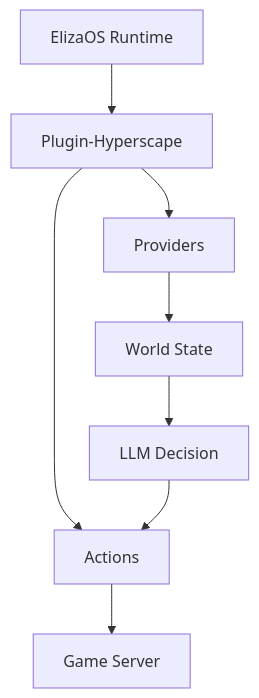
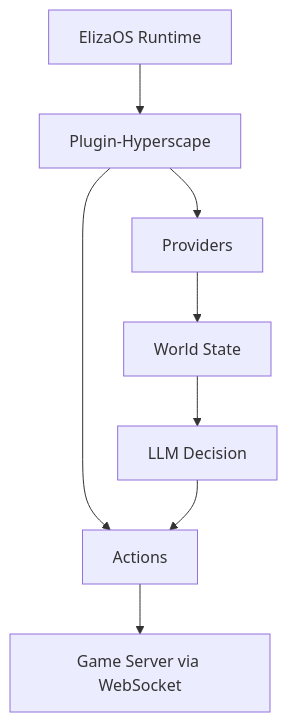
The diagram in packages/plugin-hyperscape.mdx (HyperscapeAI/docs), drawn with Mermaid before and after one commit. The commit also changed other lines of this file and 29 other files, not shown here.

````diff
--- a/packages/plugin-hyperscape.mdx
+++ b/packages/plugin-hyperscape.mdx
@@ -115,10 +135,10 @@
 ```mermaid
 flowchart TD
     A[ElizaOS Runtime] --> B[Plugin-Hyperscape]
     B --> C[Providers]
     B --> D[Actions]
     C --> E[World State]
-    D --> F[Game Server]
+    D --> F[Game Server via WebSocket]
     E --> G[LLM Decision]
     G --> D
 ```
````
